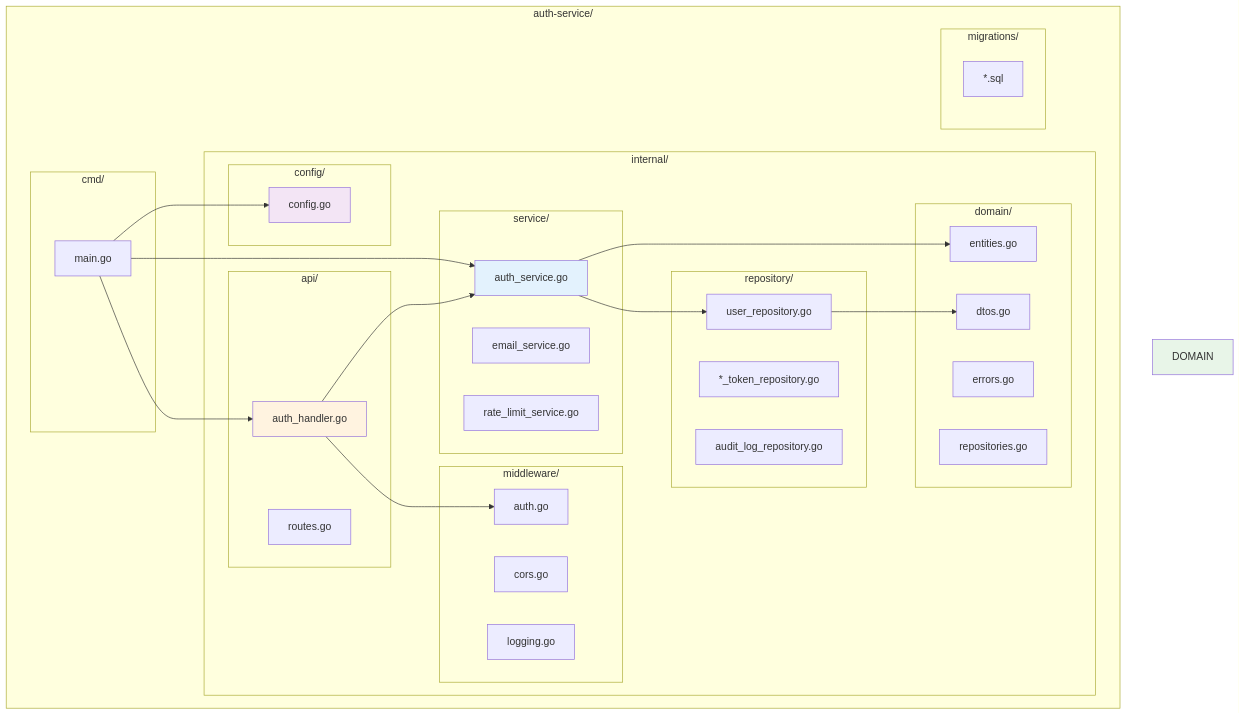
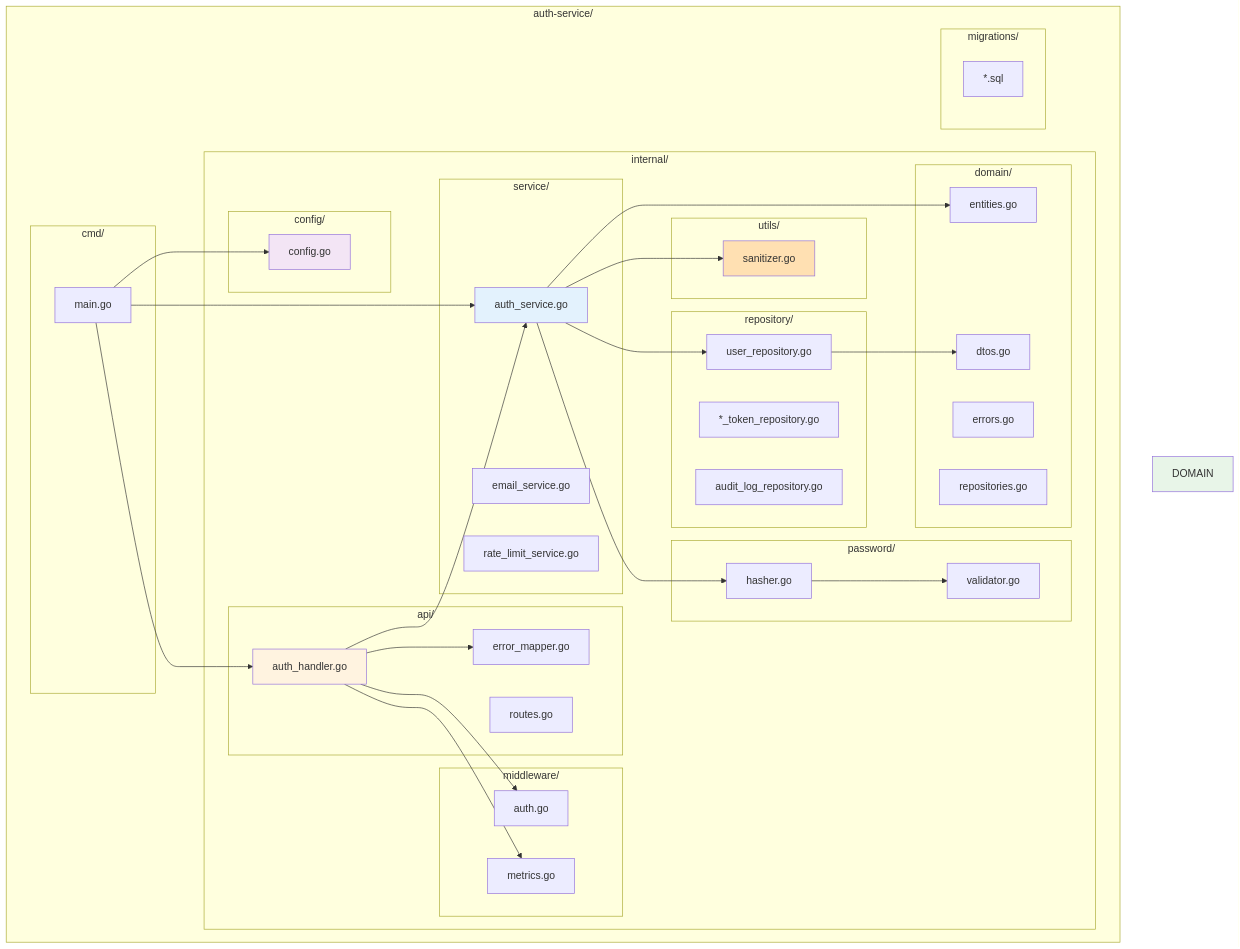
Before and after one commit to radek-zitek-cloud/pully-theta: the fourth of 27 diagrams in code/go-auth/auth-service/docs/ARCHITECTURE.md, drawn with Mermaid. The commit also changed other lines of this file, not shown here.

Commit message:
feat(docs): Update architecture documentation to enhance input sanitization section and add testing architecture details

````diff
--- a/code/go-auth/auth-service/docs/ARCHITECTURE.md
+++ b/code/go-auth/auth-service/docs/ARCHITECTURE.md
@@ -179,64 +182,78 @@
 ```mermaid
 graph TD
     subgraph "auth-service/"
         subgraph "cmd/"
             MAIN[main.go]
-        end
-        
-        subgraph "internal/"
-            subgraph "domain/"
-                ENTITIES[entities.go]
-                DTOS[dtos.go]
-                ERRORS[errors.go]
-                REPOS[repositories.go]
+        end            subgraph "internal/"
+                subgraph "domain/"
+                    ENTITIES[entities.go]
+                    DTOS[dtos.go]
+                    ERRORS[errors.go]
+                    REPOS[repositories.go]
+                end
+                
+                subgraph "service/"
+                    AUTH_SVC[auth_service.go]
+                    EMAIL_SVC[email_service.go]
+                    RATE_SVC[rate_limit_service.go]
+                end
+                
+                subgraph "repository/"
+                    USER_REPO[user_repository.go]
+                    TOKEN_REPO[*_token_repository.go]
+                    AUDIT_REPO[audit_log_repository.go]
+                end
+                
+                subgraph "api/"
+                    HANDLERS[auth_handler.go]
+                    ROUTES[routes.go]
+                    ERROR_MAPPER[error_mapper.go]
+                end
+                
+                subgraph "middleware/"
+                    AUTH_MW[auth.go]
+                    METRICS_MW[metrics.go]
+                end
+                
+                subgraph "utils/"
+                    SANITIZER[sanitizer.go]
+                end
+                
+                subgraph "password/"
+                    HASHER[hasher.go]
+                    VALIDATOR[validator.go]
+                end
+                
+                subgraph "config/"
+                    CONFIG[config.go]
+                end
             end
-            
-            subgraph "service/"
-                AUTH_SVC[auth_service.go]
-                EMAIL_SVC[email_service.go]
-                RATE_SVC[rate_limit_service.go]
-            end
-            
-            subgraph "repository/"
-                USER_REPO[user_repository.go]
-                TOKEN_REPO[*_token_repository.go]
-                AUDIT_REPO[audit_log_repository.go]
-            end
-            
-            subgraph "api/"
-                HANDLERS[auth_handler.go]
-                ROUTES[routes.go]
-            end
-            
-            subgraph "middleware/"
-                AUTH_MW[auth.go]
-                CORS_MW[cors.go]
-                LOGGING_MW[logging.go]
-            end
-            
-            subgraph "config/"
-                CONFIG[config.go]
-            end
-        end
         
         subgraph "migrations/"
             MIGRATIONS[*.sql]
         end
     end
     
     MAIN --> CONFIG
     MAIN --> AUTH_SVC
     MAIN --> HANDLERS
     
     HANDLERS --> AUTH_SVC
+    HANDLERS --> ERROR_MAPPER
     AUTH_SVC --> USER_REPO
     AUTH_SVC --> ENTITIES
+    AUTH_SVC --> SANITIZER
     
     USER_REPO --> DTOS
     HANDLERS --> AUTH_MW
+    HANDLERS --> METRICS_MW
+    
+    AUTH_SVC --> HASHER
+    HASHER --> VALIDATOR
     
     style DOMAIN fill:#E8F5E8
     style AUTH_SVC fill:#E3F2FD
     style HANDLERS fill:#FFF3E0
     style CONFIG fill:#F3E5F5
+    style SANITIZER fill:#FFE0B2
 ```
````
